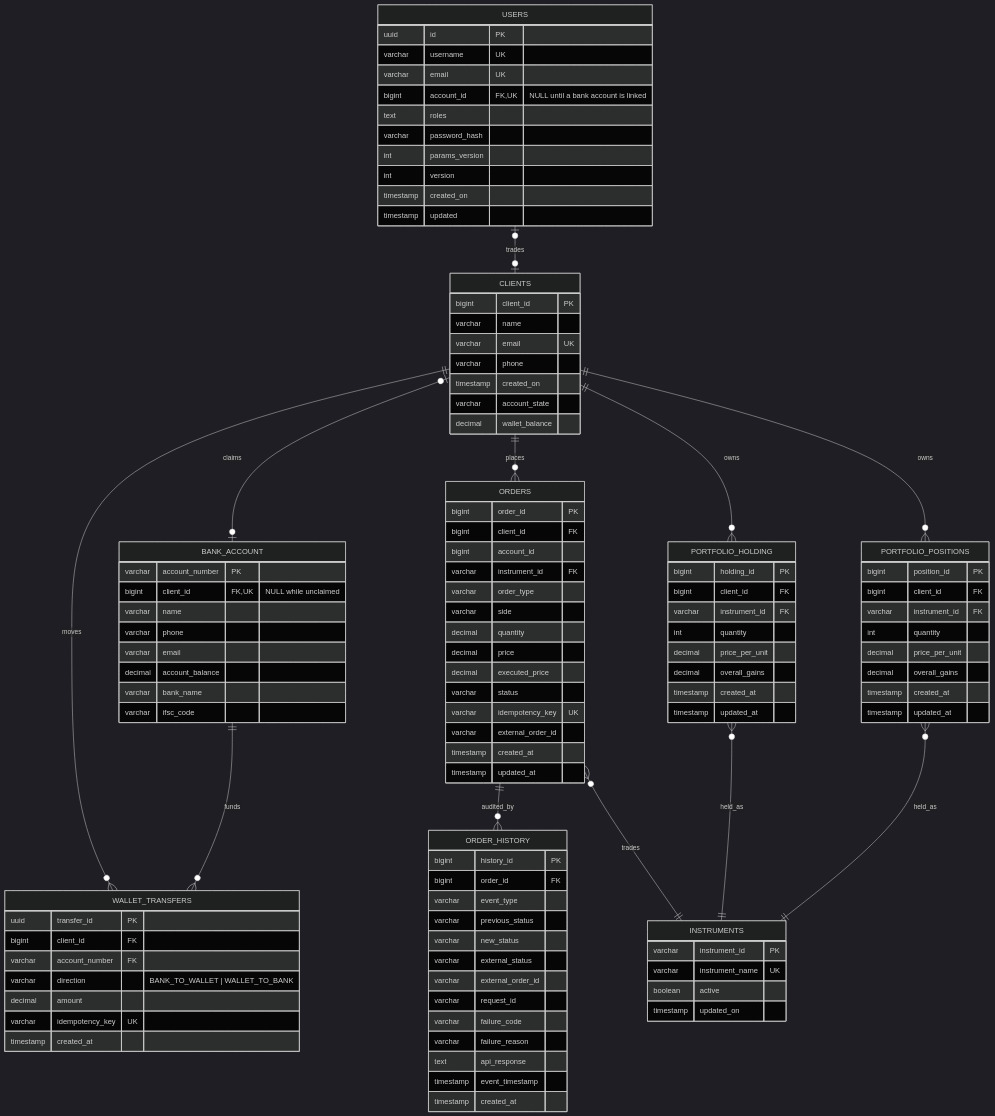
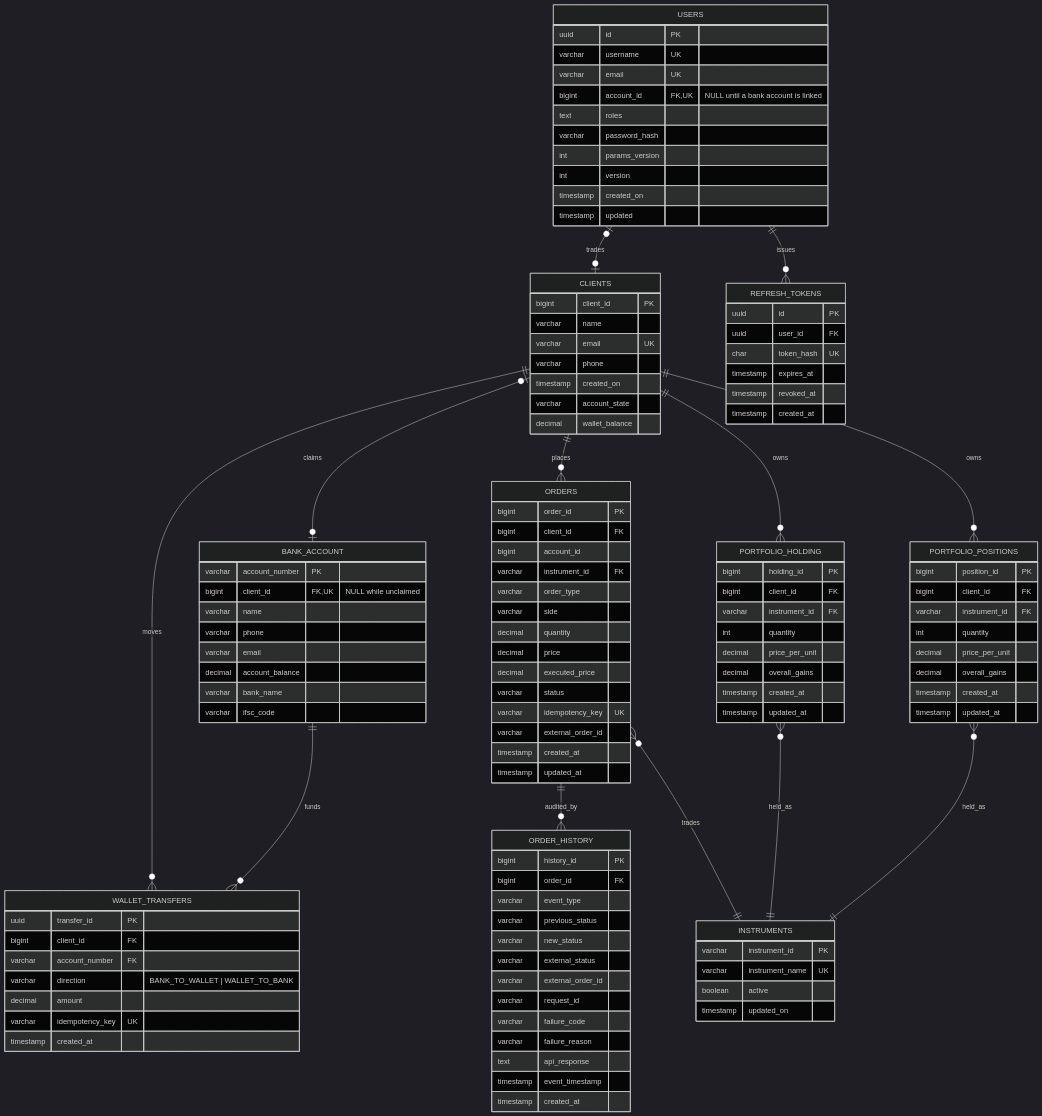
The diagram in docs/erd.mmd (Neueda-Learning/Chennai-capstone-SE3-Team1), drawn with Mermaid (dark theme) before and after one commit. The commit also changed 6 other files, not shown here.

Commit message:
moved auth tables to seperate schema

```diff
--- a/docs/erd.mmd
+++ b/docs/erd.mmd
@@ -1,110 +1,121 @@
 erDiagram
+    %% USERS and REFRESH_TOKENS live in the auth_db schema (018_users_to_auth_db_schema.sql);
+    %% every other table here is in public.
     BANK_ACCOUNT {
         varchar   account_number  PK
         bigint    client_id       FK,UK "NULL while unclaimed"
         varchar   name
         varchar   phone
         varchar   email
         decimal   account_balance
         varchar   bank_name
         varchar   ifsc_code
     }
     CLIENTS {
         bigint    client_id       PK
         varchar   name
         varchar   email           UK
         varchar   phone
         timestamp created_on
         varchar   account_state
         decimal   wallet_balance
     }
     WALLET_TRANSFERS {
         uuid      transfer_id     PK
         bigint    client_id       FK
         varchar   account_number  FK
         varchar   direction       "BANK_TO_WALLET | WALLET_TO_BANK"
         decimal   amount
         varchar   idempotency_key UK
         timestamp created_at
     }
     USERS {
         uuid      id              PK
         varchar   username        UK
         varchar   email           UK
         bigint    account_id      FK,UK "NULL until a bank account is linked"
         text      roles
         varchar   password_hash
         int       params_version
         int       version
         timestamp created_on
         timestamp updated
+    }
+    REFRESH_TOKENS {
+        uuid      id              PK
+        uuid      user_id         FK
+        char      token_hash      UK
+        timestamp expires_at
+        timestamp revoked_at
+        timestamp created_at
     }
     INSTRUMENTS {
         varchar   instrument_id   PK
         varchar   instrument_name UK
         boolean   active
         timestamp updated_on
     }
     ORDERS {
         bigint    order_id          PK
         bigint    client_id         FK
         bigint    account_id
         varchar   instrument_id     FK
         varchar   order_type
         varchar   side
         decimal   quantity
         decimal   price
         decimal   executed_price
         varchar   status
         varchar   idempotency_key   UK
         varchar   external_order_id
         timestamp created_at
         timestamp updated_at
     }
     ORDER_HISTORY {
         bigint    history_id        PK
         bigint    order_id          FK
         varchar   event_type
         varchar   previous_status
         varchar   new_status
         varchar   external_status
         varchar   external_order_id
         varchar   request_id
         varchar   failure_code
         varchar   failure_reason
         text      api_response
         timestamp event_timestamp
         timestamp created_at
     }
     PORTFOLIO_HOLDING {
         bigint    holding_id      PK
         bigint    client_id       FK
         varchar   instrument_id   FK
         int       quantity
         decimal   price_per_unit
         decimal   overall_gains
         timestamp created_at
         timestamp updated_at
     }
     PORTFOLIO_POSITIONS {
         bigint    position_id     PK
         bigint    client_id       FK
         varchar   instrument_id   FK
         int       quantity
         decimal   price_per_unit
         decimal   overall_gains
         timestamp created_at
         timestamp updated_at
     }
 
     CLIENTS              |o--o| BANK_ACCOUNT        : claims
     USERS                |o--o| CLIENTS             : trades
+    USERS                ||--o{ REFRESH_TOKENS      : issues
     CLIENTS              ||--o{ WALLET_TRANSFERS    : moves
     BANK_ACCOUNT         ||--o{ WALLET_TRANSFERS    : funds
     CLIENTS              ||--o{ ORDERS              : places
     ORDERS               ||--o{ ORDER_HISTORY       : audited_by
     ORDERS               }o--|| INSTRUMENTS         : trades
     CLIENTS              ||--o{ PORTFOLIO_HOLDING   : owns
     CLIENTS              ||--o{ PORTFOLIO_POSITIONS : owns
     PORTFOLIO_HOLDING    }o--|| INSTRUMENTS         : held_as
     PORTFOLIO_POSITIONS  }o--|| INSTRUMENTS         : held_as
```
